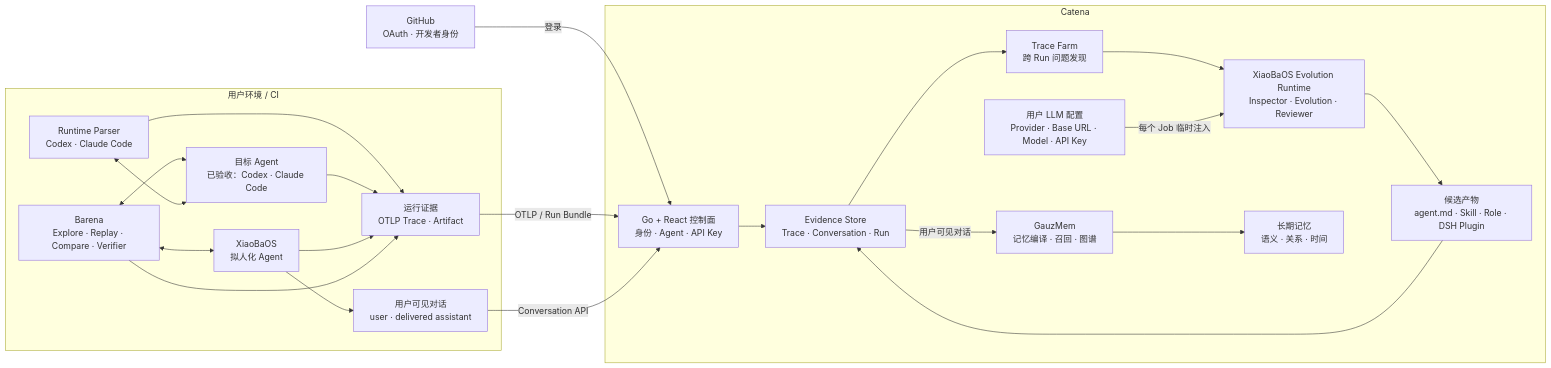
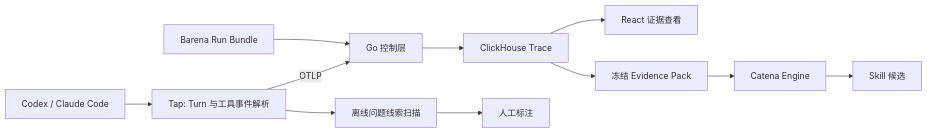
Before and after one commit to fightheyyy/CATENA: the diagram in README.md, drawn with Mermaid. The commit also changed other lines of this file and 1434 other files, not shown here.

Commit message:
Integrate Harbor experiments and freeze 168 Codex Skill trials

````diff
--- a/README.md
+++ b/README.md
@@ -35,42 +66,10 @@
 ```mermaid
 flowchart LR
-    GitHub["GitHub<br/>OAuth · 开发者身份"] -->|"登录"| Core
-
-    subgraph Edge["用户环境 / CI"]
-        Tap["Runtime Parser<br/>Codex · Claude Code"]
-        Agent["目标 Agent<br/>已验收：Codex · Claude Code"]
-        XiaoBa["XiaoBaOS<br/>拟人化 Agent"]
-        Barena["Barena<br/>Explore · Replay · Compare · Verifier"]
-        Trace["运行证据<br/>OTLP Trace · Artifact"]
-        Conversation["用户可见对话<br/>user · delivered assistant"]
-
-        Barena <--> Agent
-        Barena <--> XiaoBa
-        Tap <--> Agent
-        Tap --> Trace
-        Agent --> Trace
-        XiaoBa --> Trace
-        XiaoBa --> Conversation
-        Barena --> Trace
-    end
-
-    subgraph Cloud["Catena"]
-        Core["Go + React 控制面<br/>身份 · Agent · API Key"]
-        OwnerModel["用户 LLM 配置<br/>Provider · Base URL · Model · API Key"]
-        Facts["Evidence Store<br/>Trace · Conversation · Run"]
-        Farm["Trace Farm<br/>跨 Run 问题发现"]
-        Runtime["XiaoBaOS Evolution Runtime<br/>Inspector · Evolution · Reviewer"]
-        Assets["候选产物<br/>agent.md · Skill · Role · DSH Plugin"]
-        GauzMem["GauzMem<br/>记忆编译 · 召回 · 图谱"]
-        Memories["长期记忆<br/>语义 · 关系 · 时间"]
-
-        Core --> Facts
-        Facts --> Farm --> Runtime --> Assets
-        OwnerModel -->|"每个 Job 临时注入"| Runtime
-        Facts -->|"用户可见对话"| GauzMem --> Memories
-        Assets --> Facts
-    end
-
-    Trace -->|"OTLP / Run Bundle"| Core
-    Conversation -->|"Conversation API"| Core
+    Agent["Codex / Claude Code"] --> Tap["Tap: Turn 与工具事件解析"]
+    Tap -->|"OTLP"| Core["Go 控制层"]
+    Core --> CH["ClickHouse Trace"]
+    CH --> UI["React 证据查看"]
+    Tap --> Scan["离线问题线索扫描"] --> Labels["人工标注"]
+    CH --> Pack["冻结 Evidence Pack"] --> Engine["Catena Engine"] --> Draft["Skill 候选"]
+    Barena["Barena Run Bundle"] --> Core
 ```
````
